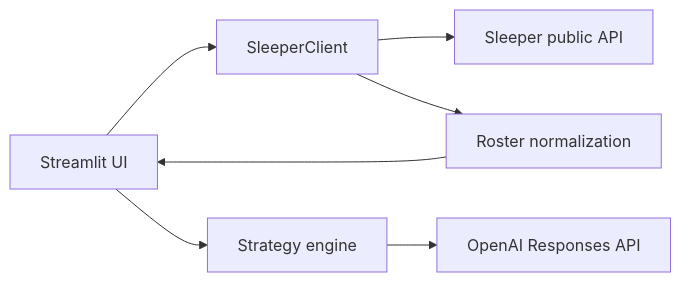
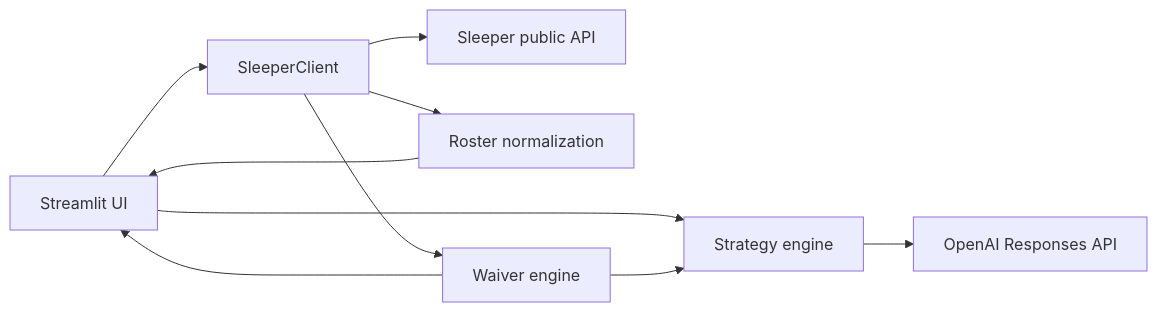
Before and after one commit to dylanlaewe/FanEdge: the diagram in README.md, drawn with Mermaid. The commit also changed other lines of this file and 8 other files, not shown here.

````diff
--- a/README.md
+++ b/README.md
@@ -20,9 +23,12 @@
 ```mermaid
 flowchart LR
     U[Streamlit UI] --> S[SleeperClient]
     S --> A[Sleeper public API]
     U --> E[Strategy engine]
     E --> O[OpenAI Responses API]
     S --> N[Roster normalization]
     N --> U
+    S --> W[Waiver engine]
+    W --> U
+    W --> E
 ```
````
